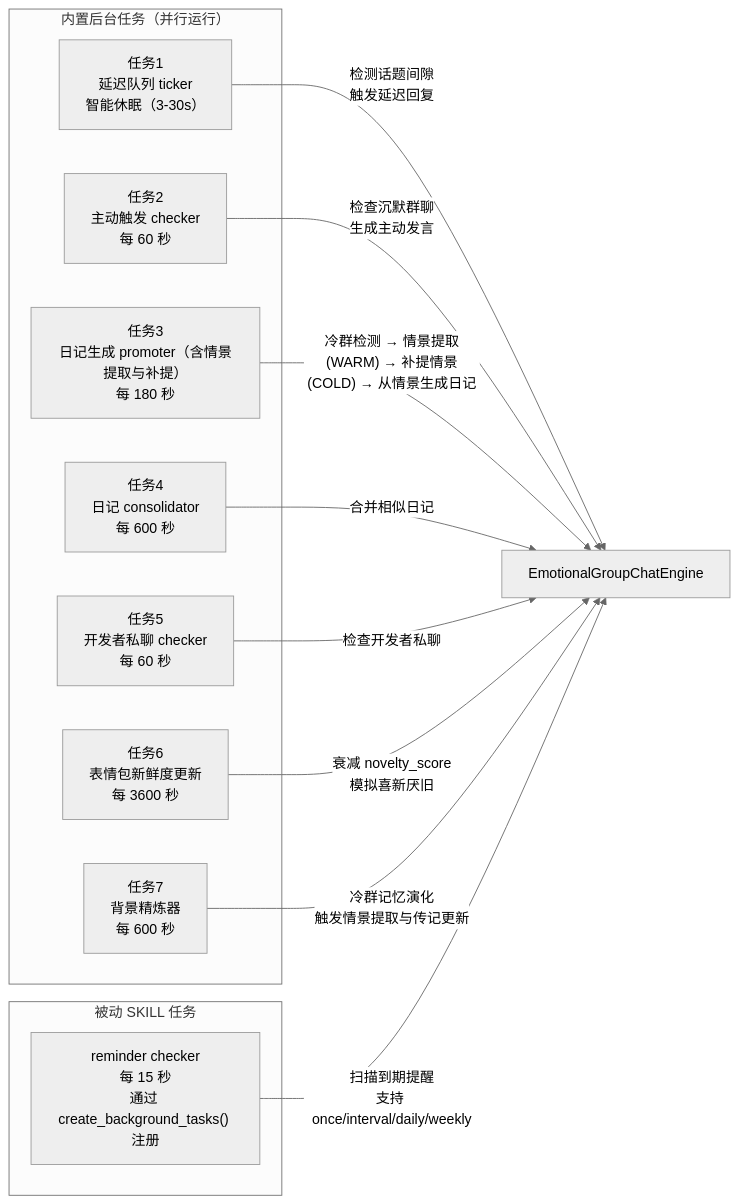
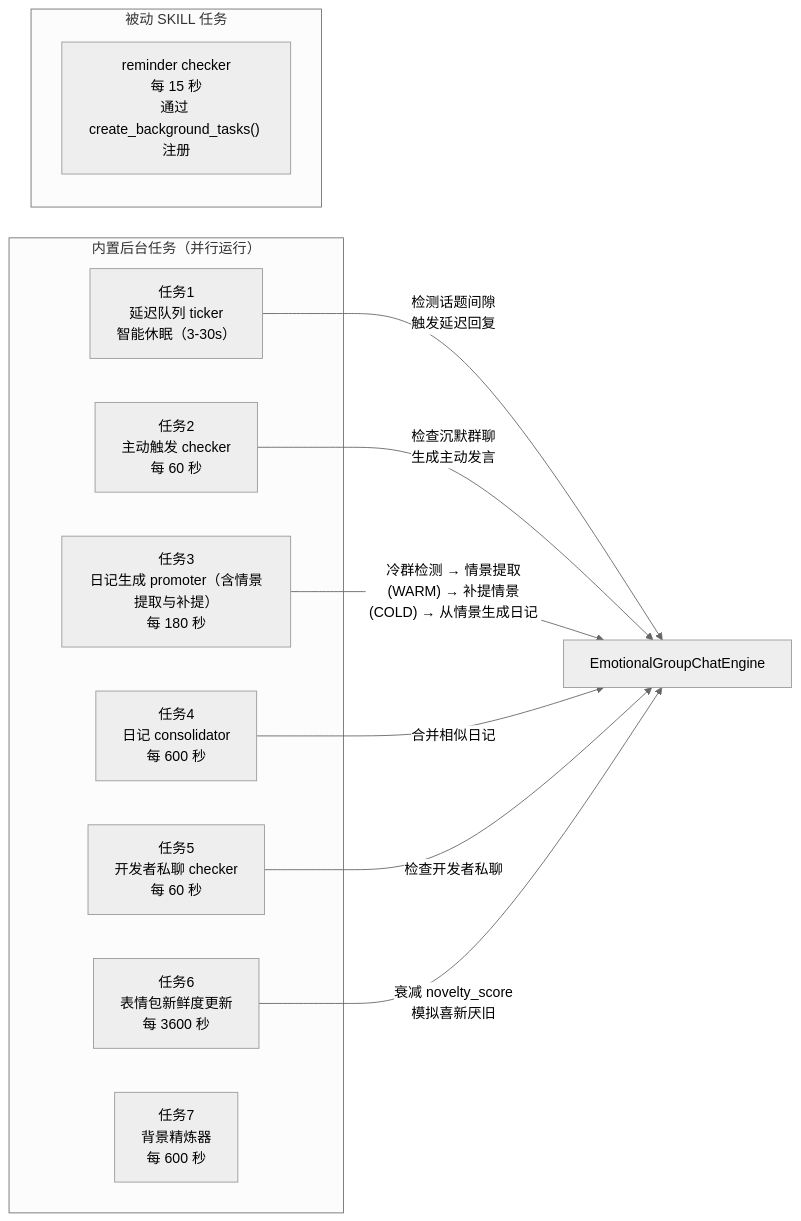
Before and after one commit to LiveSirius/SiriusPulse-Docs: the seventh of 7 diagrams in guide/architecture-overview.md, drawn with Mermaid (neutral theme). The commit also changed other lines of this file and 2 other files, not shown here.

````diff
--- a/guide/architecture-overview.md
+++ b/guide/architecture-overview.md
@@ -312,25 +316,23 @@
 ```mermaid
 flowchart LR
     subgraph BG["内置后台任务（并行运行）"]
         T1["任务1<br/>延迟队列 ticker<br/>智能休眠（3-30s）"]
         T2["任务2<br/>主动触发 checker<br/>每 60 秒"]
         T3["任务3<br/>日记生成 promoter（含情景提取与补提）<br/>每 180 秒"]
         T4["任务4<br/>日记 consolidator<br/>每 600 秒"]
         T5["任务5<br/>开发者私聊 checker<br/>每 60 秒"]
         T6["任务6<br/>表情包新鲜度更新<br/>每 3600 秒"]
         T7["任务7<br/>背景精炼器<br/>每 600 秒"]
     end
 
     subgraph PassiveSK["被动 SKILL 任务"]
         T8["reminder checker<br/>每 15 秒<br/>通过 create_background_tasks() 注册"]
     end
 
     T1 -->|"检测话题间隙<br/>触发延迟回复"| Engine["EmotionalGroupChatEngine"]
     T2 -->|"检查沉默群聊<br/>生成主动发言"| Engine
     T3 -->|"冷群检测 → 情景提取(WARM) → 补提情景(COLD) → 从情景生成日记"| Engine
     T4 -->|"合并相似日记"| Engine
     T5 -->|"检查开发者私聊"| Engine
     T6 -->|"衰减 novelty_score<br/>模拟喜新厌旧"| Engine
-    T7 -->|"冷群记忆演化<br/>触发情景提取与传记更新"| Engine
-    T8 -->|"扫描到期提醒<br/>支持 once/interval/daily/weekly"| Engine
 ```
````
